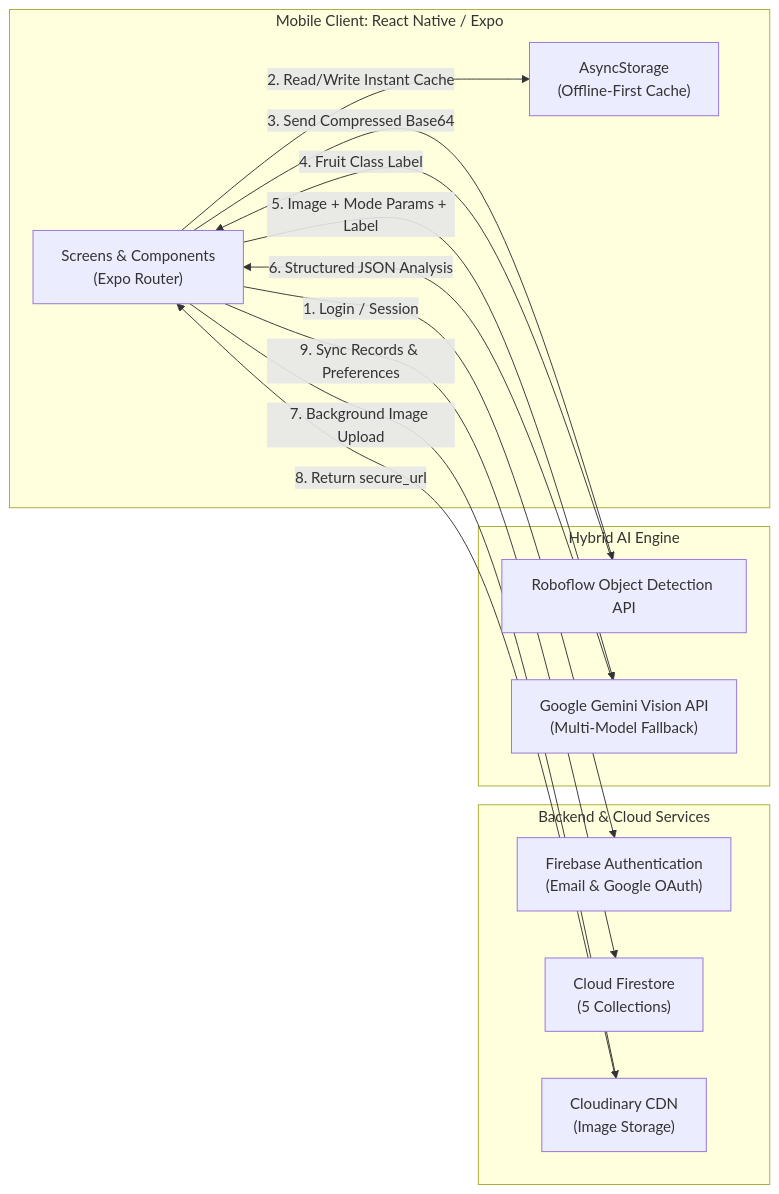
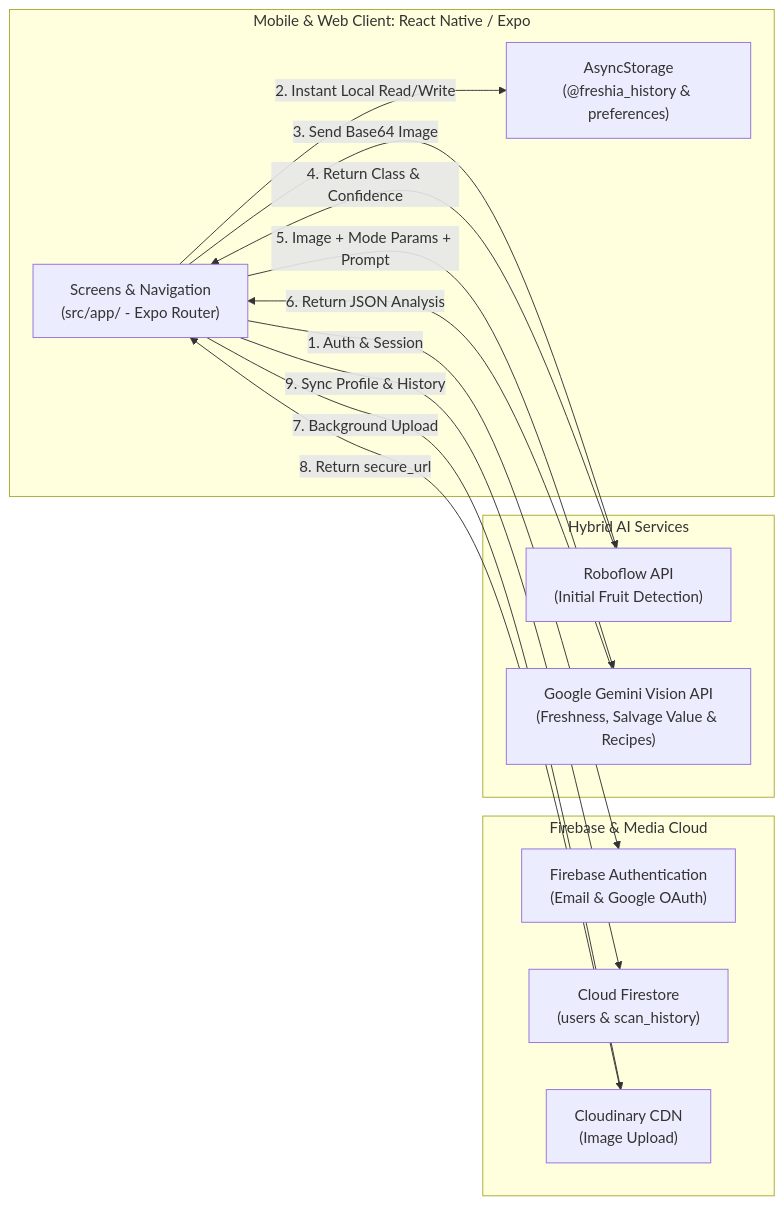
One commit to callistajb/freshia changed the diagram in report-week-11.md. Above: the diagram before and after it, drawn with Mermaid. The commit also changed other lines of this file and 1 other file, not shown here.

Commit message:
docs: align W11 milestone report with actual app code, EAS web deployment, 2 Firestore collections, and demo bug list

````diff
--- a/report-week-11.md
+++ b/report-week-11.md
@@ -267,28 +260,28 @@
 ```mermaid
 flowchart LR
-    subgraph Client["Mobile Client: React Native / Expo"]
-        UI["Screens & Components\n(Expo Router)"]
-        LocalCache["AsyncStorage\n(Offline-First Cache)"]
+    subgraph Client["Mobile & Web Client: React Native / Expo"]
+        UI["Screens & Navigation\n(src/app/ - Expo Router)"]
+        LocalCache["AsyncStorage\n(@freshia_history & preferences)"]
     end
 
-    subgraph Cloud["Backend & Cloud Services"]
+    subgraph Cloud["Firebase & Media Cloud"]
         Auth["Firebase Authentication\n(Email & Google OAuth)"]
-        Firestore["Cloud Firestore\n(5 Collections)"]
-        Cloudinary["Cloudinary CDN\n(Image Storage)"]
+        Firestore["Cloud Firestore\n(users & scan_history)"]
+        Cloudinary["Cloudinary CDN\n(Image Upload)"]
     end
 
-    subgraph AI["Hybrid AI Engine"]
-        Roboflow["Roboflow Object Detection API"]
-        Gemini["Google Gemini Vision API\n(Multi-Model Fallback)"]
+    subgraph AI["Hybrid AI Services"]
+        Roboflow["Roboflow API\n(Initial Fruit Detection)"]
+        Gemini["Google Gemini Vision API\n(Freshness, Salvage Value & Recipes)"]
     end
 
-    UI -->|1. Login / Session| Auth
-    UI -->|2. Read/Write Instant Cache| LocalCache
-    UI -->|3. Send Compressed Base64| Roboflow
-    Roboflow -->|4. Fruit Class Label| UI
-    UI -->|5. Image + Mode Params + Label| Gemini
-    Gemini -->|6. Structured JSON Analysis| UI
-    UI -->|7. Background Image Upload| Cloudinary
+    UI -->|1. Auth & Session| Auth
+    UI -->|2. Instant Local Read/Write| LocalCache
+    UI -->|3. Send Base64 Image| Roboflow
+    Roboflow -->|4. Return Class & Confidence| UI
+    UI -->|5. Image + Mode Params + Prompt| Gemini
+    Gemini -->|6. Return JSON Analysis| UI
+    UI -->|7. Background Upload| Cloudinary
     Cloudinary -->|8. Return secure_url| UI
-    UI -->|9. Sync Records & Preferences| Firestore
+    UI -->|9. Sync Profile & History| Firestore
 ```
````
